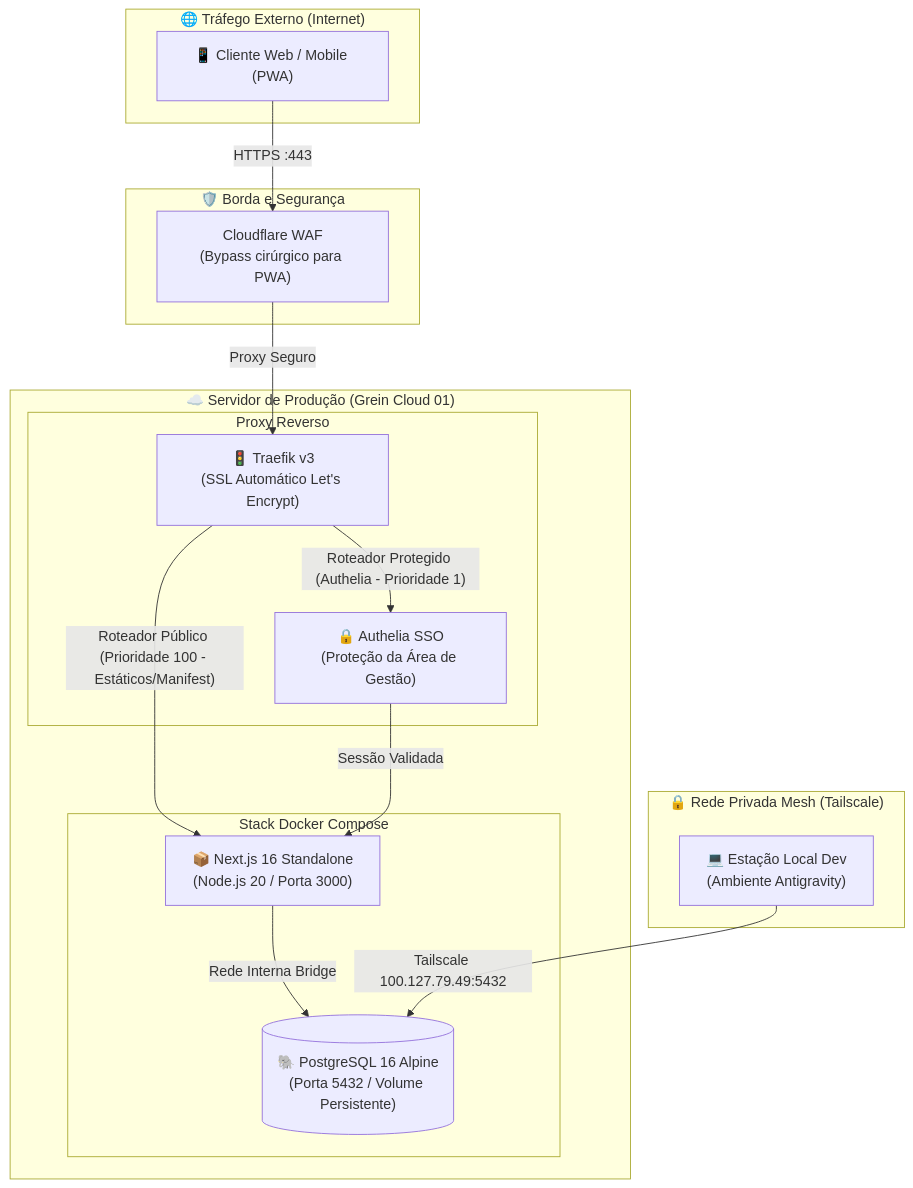
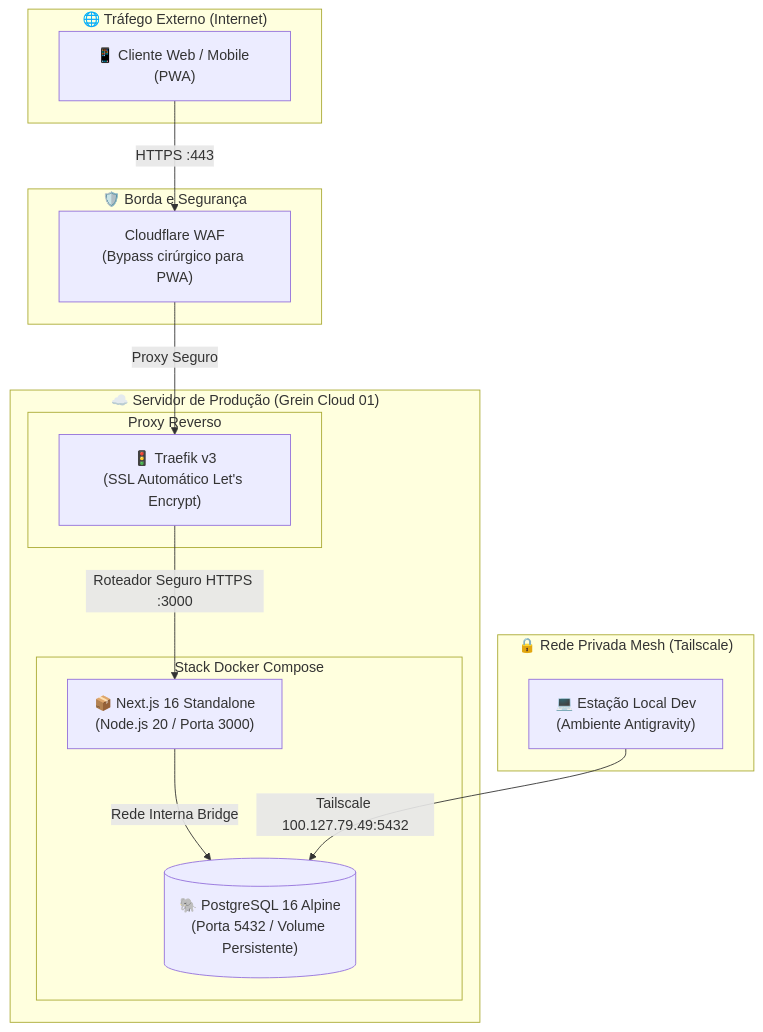
The diagram in README.md (WiltonGabriel/PopClub), drawn with Mermaid before and after one commit. The commit also changed other lines of this file and 3 other files, not shown here.

Commit message:
feat(infra): remove Authelia middleware and router split in favor of direct Traefik ingress

````diff
--- a/README.md
+++ b/README.md
@@ -44,37 +44,34 @@
 ```mermaid
 flowchart TD
     subgraph Users ["🌐 Tráfego Externo (Internet)"]
         Client["📱 Cliente Web / Mobile (PWA)"]
     end
 
     subgraph Edge ["🛡️ Borda e Segurança"]
         CF["Cloudflare WAF\n(Bypass cirúrgico para PWA)"]
     end
 
     subgraph VPS ["☁️ Servidor de Produção (Grein Cloud 01)"]
         subgraph Ingress ["Proxy Reverso"]
             Traefik["🚦 Traefik v3\n(SSL Automático Let's Encrypt)"]
-            Authelia["🔒 Authelia SSO\n(Proteção da Área de Gestão)"]
         end
 
         subgraph ContainerStack ["Stack Docker Compose"]
             App["📦 Next.js 16 Standalone\n(Node.js 20 / Porta 3000)"]
             DB[("🐘 PostgreSQL 16 Alpine\n(Porta 5432 / Volume Persistente)")]
         end
     end
 
     subgraph DevEnvironment ["🔒 Rede Privada Mesh (Tailscale)"]
         Dev["💻 Estação Local Dev\n(Ambiente Antigravity)"]
     end
 
     %% Roteamento de Produção
     Client -->|"HTTPS :443"| CF
     CF -->|"Proxy Seguro"| Traefik
-    Traefik -->|"Roteador Público (Prioridade 100 - Estáticos/Manifest)"| App
-    Traefik -->|"Roteador Protegido (Authelia - Prioridade 1)"| Authelia
-    Authelia -->|"Sessão Validada"| App
+    Traefik -->|"Roteador Seguro HTTPS :3000"| App
     App -->|"Rede Interna Bridge"| DB
 
     %% Desenvolvimento Conectado Diretamente
     Dev -->|"Tailscale 100.127.79.49:5432"| DB
 ```
````
